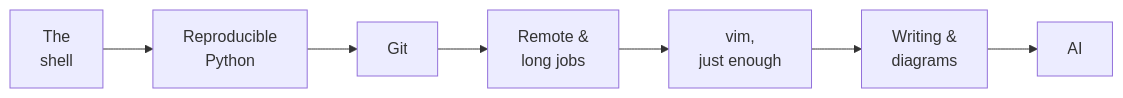
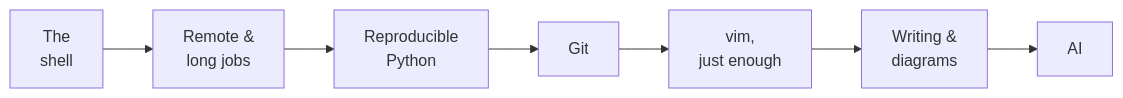
Before and after one commit to rcap107/tooling-talk: the first of 2 diagrams in index.qmd, drawn with Mermaid. The commit also changed other lines of this file, not shown here.

````diff
--- a/index.qmd
+++ b/index.qmd
@@ -68,10 +67,10 @@
 ```{mermaid}
 %%| fig-height: 3
 flowchart LR
-    A[The<br>shell] --> B[Reproducible<br>Python]
-    B --> C[Git]
-    C --> D[Remote &<br>long jobs]
+    A[The<br>shell] --> B[Remote &<br>long jobs]
+    B --> C[Reproducible<br>Python]
+    C --> D[Git]
     D --> G[vim,<br>just enough]
     G --> E[Writing &<br>diagrams]
     E --> F[AI]
 ```
````
